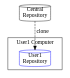
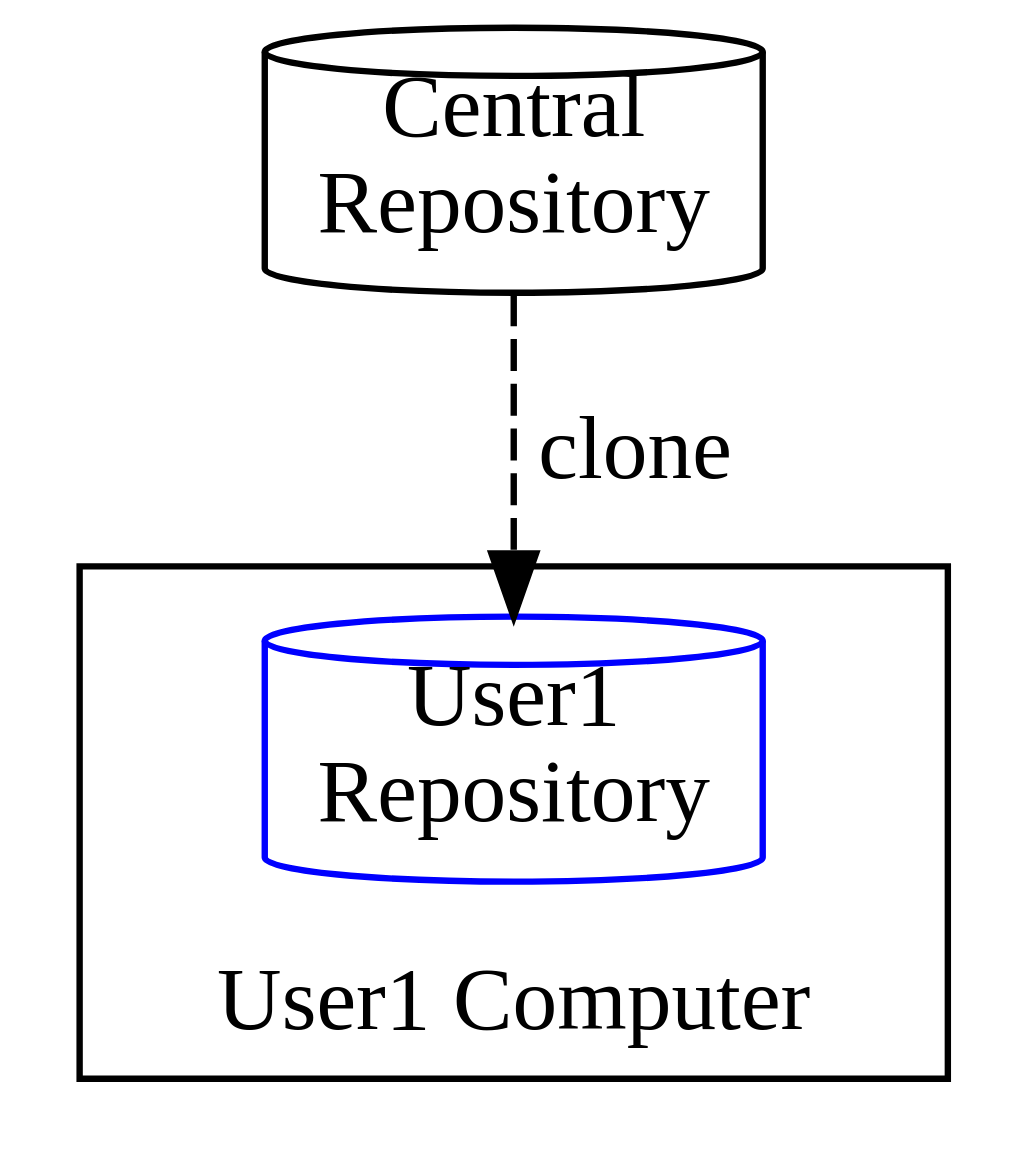
Before and after one commit to greg-hutchinson/git-training: the diagram in assets/img/graphviz/clone.dot, drawn with Graphviz. The commit also changed 17 other files, not shown here.

Commit message:
Updated diagrams

```diff
--- a/assets/img/graphviz/clone.dot
+++ b/assets/img/graphviz/clone.dot
@@ -1,12 +1,12 @@
-digraph foo {
-    rankdir="TB"
-    node [style=rounded, width=1, margin="0,0"];
-    Repository [shape=cylinder, label="Central\nRepository" width=1];
-    User1Rep [shape= cylinder, label="User1\nRepository", color=blue];
+digraph clone {
+    size="40!"
+    node [style=rounded, shape=cylinder, width=1, margin="0,0"];
+    Repository [label="Central\nRepository" width=1];
+    User1Rep [label="User1\nRepository", color=blue];
     Repository -> User1Rep [style="dashed", label="clone" ]
     subgraph cluster_User1 {
+        labelloc="b"
         label="User1 Computer"
-        {User1Rep
-        }
+        User1Rep
     }
 }
```
